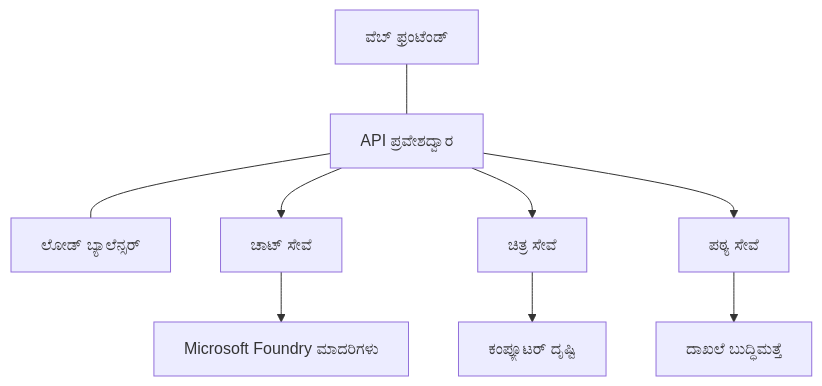
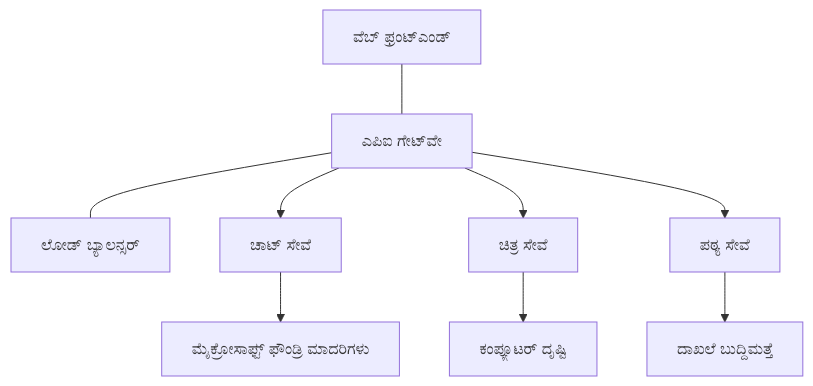
The diagram in translations/kn/docs/chapter-08-production/production-ai-practices.md (microsoft/AZD-for-beginners), drawn with Mermaid before and after one commit. The commit also changed other lines of this file and 101 other files, not shown here.

````diff
--- a/translations/kn/docs/chapter-08-production/production-ai-practices.md
+++ b/translations/kn/docs/chapter-08-production/production-ai-practices.md
@@ -30,10 +30,10 @@
 ```mermaid
 graph TD
-    Frontend[ವೆಬ್ ಫ್ರಂಟೆಂಡ್] --- Gateway[API ಪ್ರವೇಶದ್ವಾರ] --- LB[ಲೋಡ್ ಬ್ಯಾಲೆನ್ಸರ್]
+    Frontend[ವೆಬ್ ಫ್ರಂಟ್‌ಎಂಡ್] --- Gateway[ಎಪಿಐ ಗೇಟ್‌ವೇ] --- LB[ಲೋಡ್ ಬ್ಯಾಲನ್ಸರ್]
     Gateway --> Chat[ಚಾಟ್ ಸೇವೆ]
     Gateway --> Image[ಚಿತ್ರ ಸೇವೆ]
     Gateway --> Text[ಪಠ್ಯ ಸೇವೆ]
-    Chat --> OpenAI[Microsoft Foundry ಮಾದರಿಗಳು]
+    Chat --> OpenAI[ಮೈಕ್ರೋಸಾಫ್ಟ್ ಫೌಂಡ್ರಿ ಮಾದರಿಗಳು]
     Image --> Vision[ಕಂಪ್ಯೂಟರ್ ದೃಷ್ಟಿ]
-    Text --> DocIntel[ದಾಖಲೆ ಬುದ್ಧಿಮತ್ತೆ]
+    Text --> DocIntel[ದಾಖಲೆ ಬುದ್ದಿಮತ್ತೆ]
 ```
````
